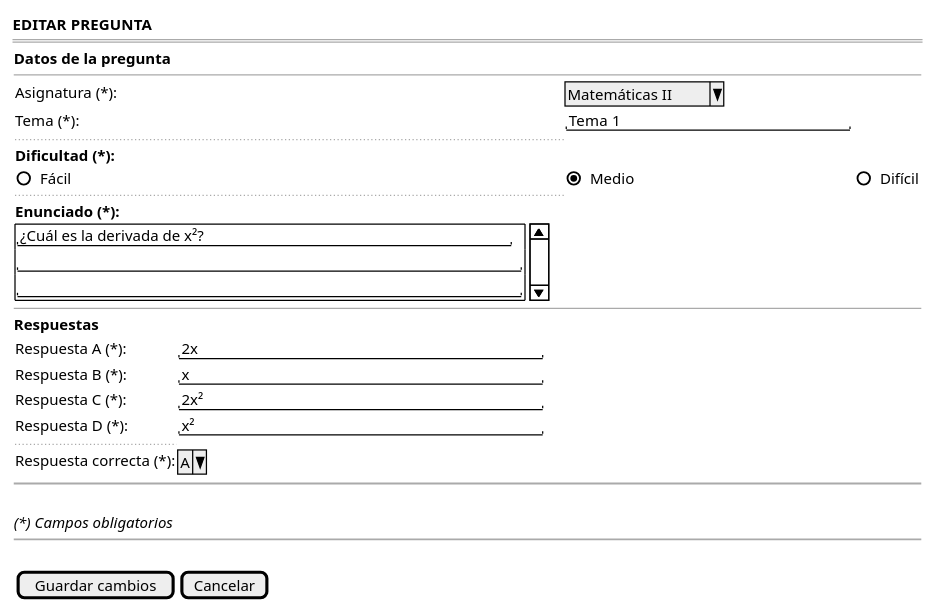
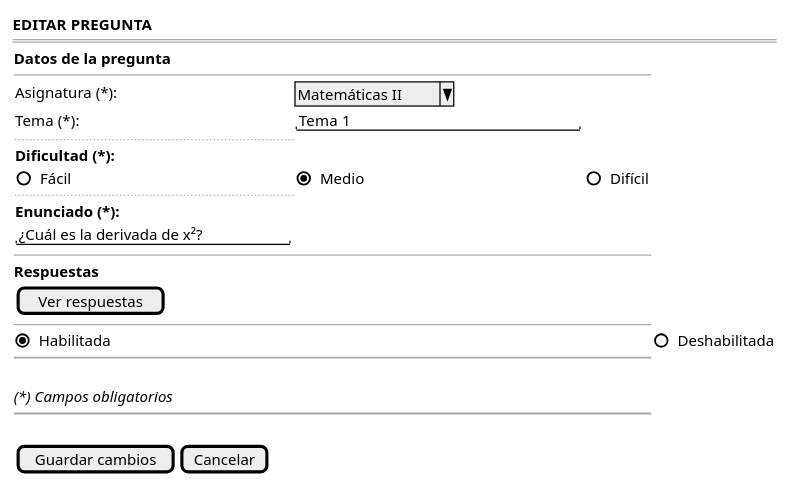
One commit to martinlopez7/25-26-IdSw1-SdR changed the diagram in documents/casos-de-uso/prototipadoCasosDeUso/editarPregunta/editarPregunta.puml. Above: the diagram before and after it, drawn with PlantUML. The commit also changed 13 other files, not shown here.

```diff
--- a/documents/casos-de-uso/prototipadoCasosDeUso/editarPregunta/editarPregunta.puml
+++ b/documents/casos-de-uso/prototipadoCasosDeUso/editarPregunta/editarPregunta.puml
@@ -1,44 +1,38 @@
 @startsalt editarPregunta_FORMULARIO
 {
     <b>EDITAR PREGUNTA</b>
     ===
     {
         <b>Datos de la pregunta</b>
         --
         {
             Asignatura (*): | ^Matemáticas II^
             Tema (*):       | "Tema 1                      "
             ..
             <b>Dificultad (*):</b>
             ( ) Fácil | (X) Medio | ( ) Difícil
             ..
             <b>Enunciado (*):</b>
-            {SI
-                "¿Cuál es la derivada de x²?                      "
-                "                                                  "
-                "                                                  "
-            }
+              "¿Cuál es la derivada de x²?"
         }
         
         --
         
         <b>Respuestas</b>
         {
-            Respuesta A (*): | "2x                                  "
-            Respuesta B (*): | "x                                   "
-            Respuesta C (*): | "2x²                                 "
-            Respuesta D (*): | "x²                                  "
-            ..
-            Respuesta correcta (*): | ^A^
+            [Ver respuestas]
         }
+        --
+        (X) Habilitada | () Deshabilitada
+
         
         ~~
         .
         <i>(*) Campos obligatorios</i>
         
         ~~
         .
         {[Guardar cambios] | [Cancelar]}
     }
 }
 @endsalt
```
